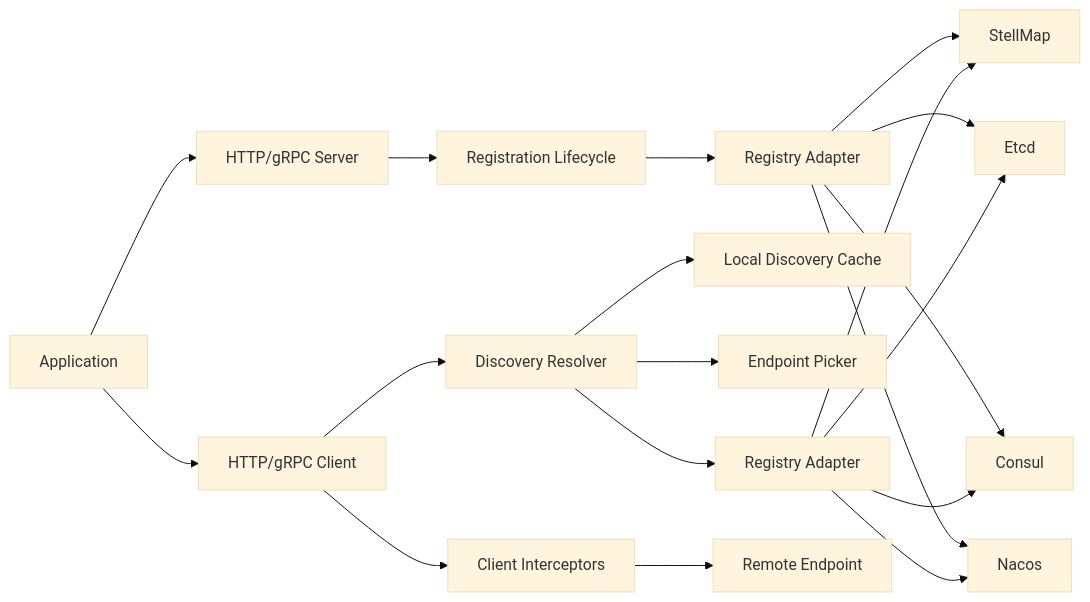
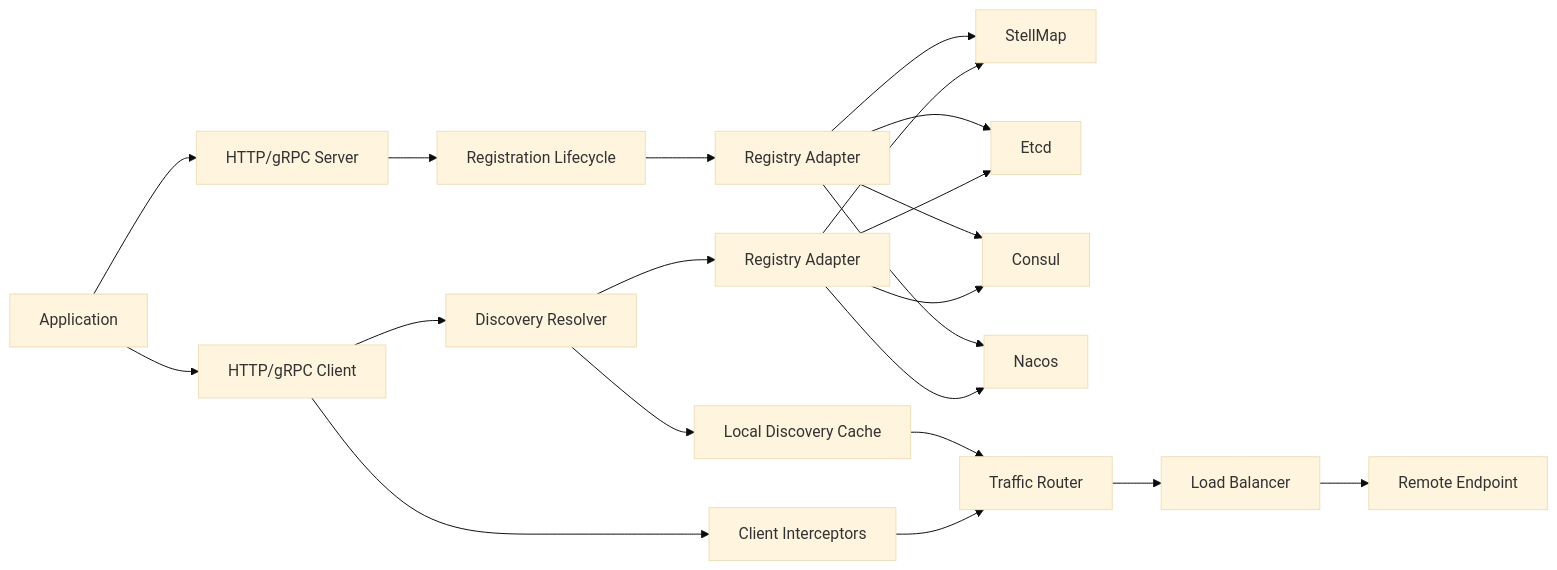
Before and after one commit to stellhub/stellar: the diagram in docs/registry-discovery-architecture.md, drawn with Mermaid (base theme). The commit also changed other lines of this file and 22 other files, not shown here.

````diff
--- a/docs/registry-discovery-architecture.md
+++ b/docs/registry-discovery-architecture.md
@@ -36,23 +36,25 @@
 ```mermaid
 flowchart LR
     App["Application"] --> Server["HTTP/gRPC Server"]
     Server --> Registration["Registration Lifecycle"]
     Registration --> RegistryAdapter["Registry Adapter"]
     RegistryAdapter --> StellMap["StellMap"]
     RegistryAdapter --> Etcd["Etcd"]
     RegistryAdapter --> Consul["Consul"]
     RegistryAdapter --> Nacos["Nacos"]
 
     App --> Client["HTTP/gRPC Client"]
     Client --> Resolver["Discovery Resolver"]
     Resolver --> Cache["Local Discovery Cache"]
-    Resolver --> Picker["Endpoint Picker"]
+    Cache --> Router["Traffic Router"]
+    Router --> LoadBalancer["Load Balancer"]
     Resolver --> DiscoveryAdapter["Registry Adapter"]
     DiscoveryAdapter --> StellMap
     DiscoveryAdapter --> Etcd
     DiscoveryAdapter --> Consul
     DiscoveryAdapter --> Nacos
 
     Client --> Interceptors["Client Interceptors"]
-    Interceptors --> Remote["Remote Endpoint"]
+    Interceptors --> Router
+    LoadBalancer --> Remote["Remote Endpoint"]
 ```
````
